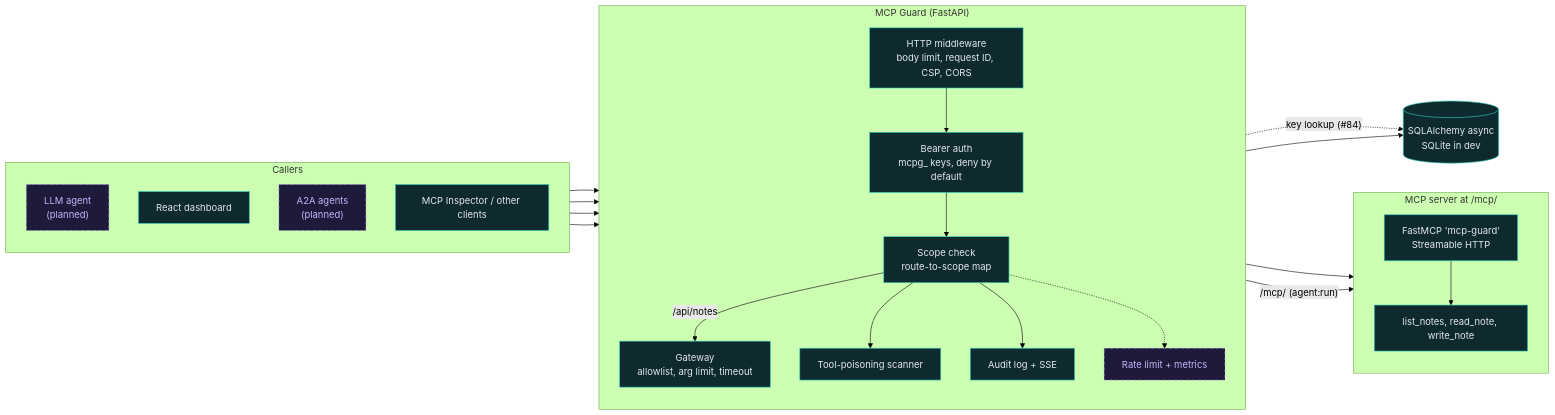
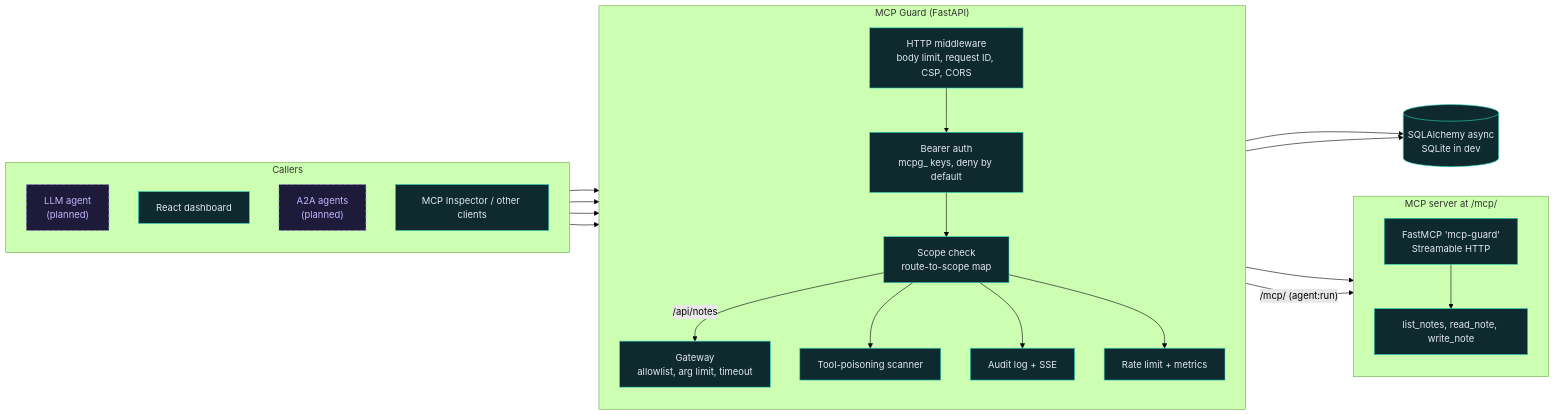
Before and after one commit to aneek22112007-tech/mcp-a2a-secure: the first of 3 diagrams in README.md, drawn with Mermaid (forest theme). The commit also changed other lines of this file and 4 other files, not shown here.

````diff
--- a/README.md
+++ b/README.md
@@ -28,48 +28,48 @@
 ```mermaid
 flowchart LR
     subgraph CALLERS["Callers"]
         direction TB
         AG["LLM agent<br/>(planned)"]
         UI["React dashboard"]
         A2A["A2A agents<br/>(planned)"]
         INS["MCP Inspector / other clients"]
     end
 
     subgraph CORE["MCP Guard (FastAPI)"]
         direction TB
         MW["HTTP middleware<br/>body limit, request ID, CSP, CORS"]
         AUTH["Bearer auth<br/>mcpg_ keys, deny by default"]
         SC["Scope check<br/>route-to-scope map"]
         GW["Gateway<br/>allowlist, arg limit, timeout"]
         SCAN["Tool-poisoning scanner"]
         AUD["Audit log + SSE"]
         RL["Rate limit + metrics"]
     end
 
     subgraph TOOLS["MCP server at /mcp/"]
         direction TB
         MCP["FastMCP 'mcp-guard'<br/>Streamable HTTP"]
         T1["list_notes, read_note, write_note"]
     end
 
     DB[("SQLAlchemy async<br/>SQLite in dev")]
 
     AG --> MW
     UI --> MW
     A2A --> MW
     INS --> MW
     MW --> AUTH --> SC
     SC -->|"/api/notes"| GW --> MCP
     SC -->|"/mcp/ (agent:run)"| MCP
     MCP --> T1
     SC --> SCAN
     SC --> AUD
-    SC -.-> RL
-    AUTH -.->|"key lookup (#84)"| DB
+    SC --> RL
+    AUTH --> DB
     AUD --> DB
 
     classDef built fill:#0f2a2e,stroke:#2dd4bf,color:#e2e8f0
     classDef planned fill:#1e1b3a,stroke:#a78bfa,color:#c4b5fd,stroke-dasharray:5 5
-    class MW,AUTH,SC,GW,MCP,T1,UI,INS,DB,AUD,SCAN built
-    class RL,AG,A2A planned
+    class MW,AUTH,SC,GW,MCP,T1,UI,INS,DB,AUD,SCAN,RL built
+    class AG,A2A planned
 ```
````
